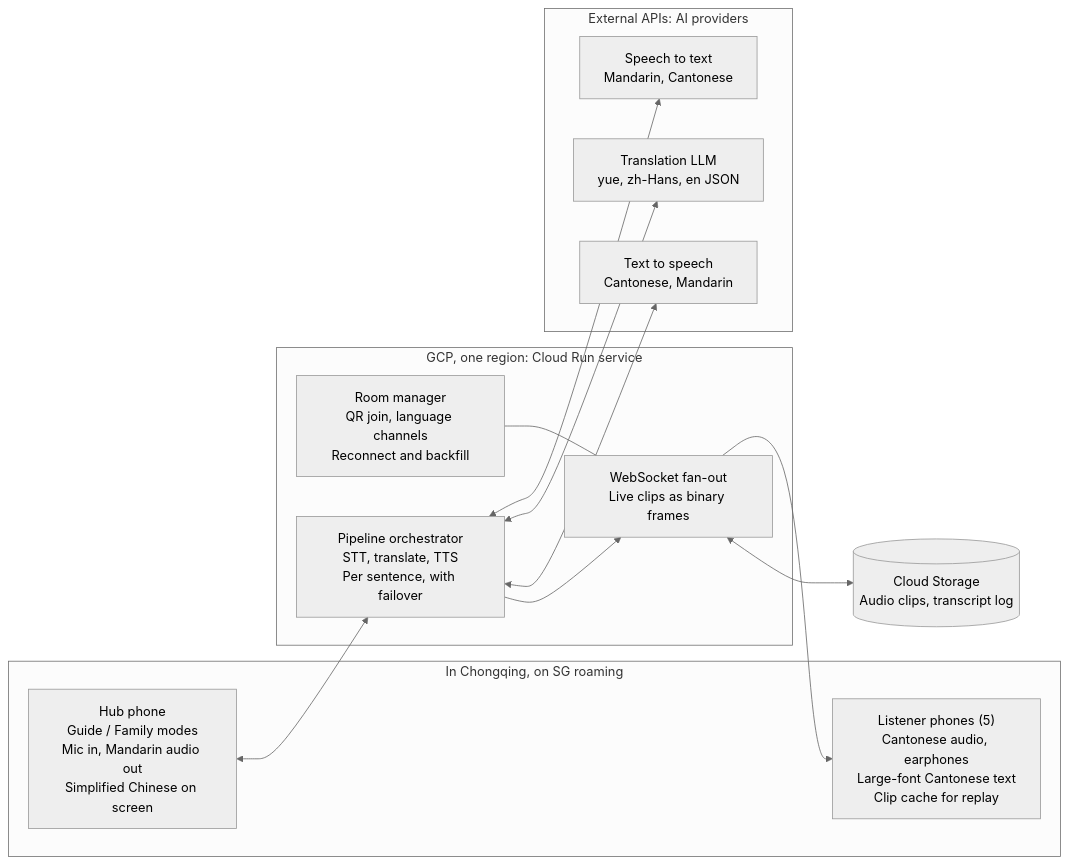
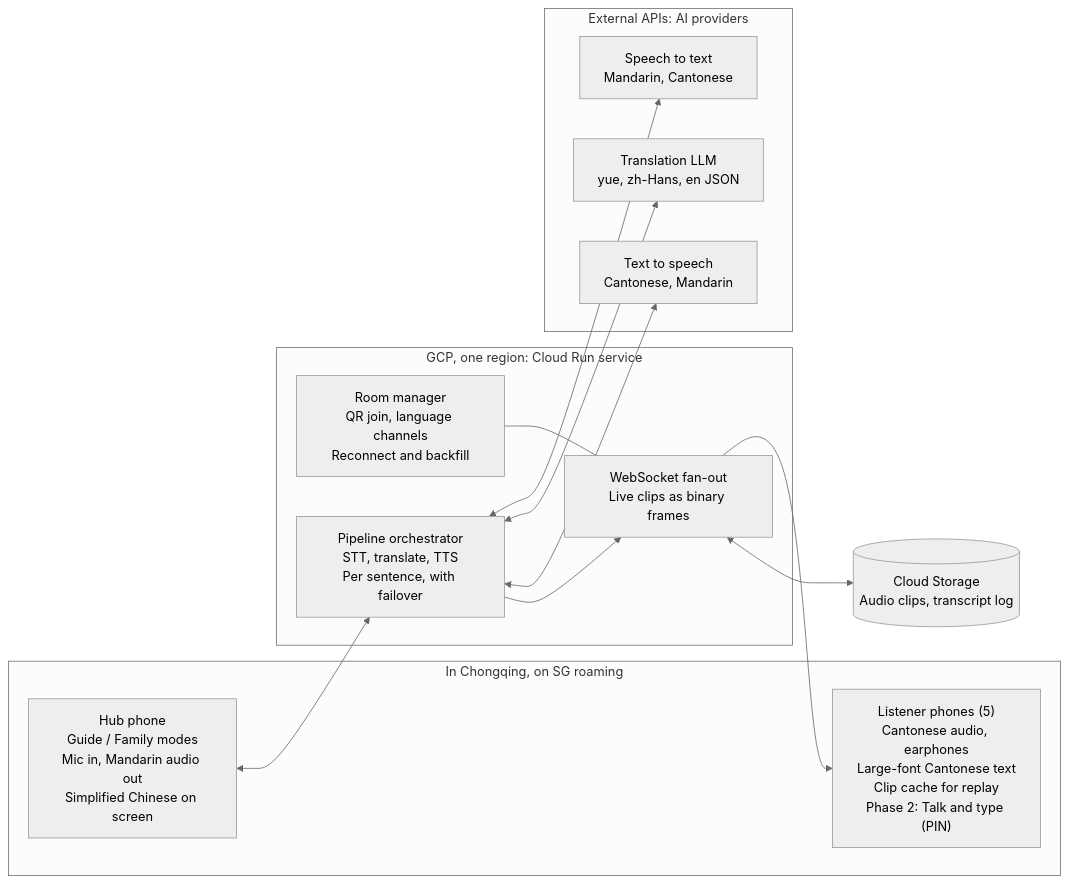
Before and after one commit to khoonseng/FamilyTranslator: the first of 4 diagrams in docs/architecture.md, drawn with Mermaid (neutral theme). The commit also changed other lines of this file and 1 other file, not shown here.

First line of the commit message:
Record phase-2 family replies and locked-screen keep-alive decisions

````diff
--- a/docs/architecture.md
+++ b/docs/architecture.md
@@ -108,26 +146,26 @@
 ```mermaid
 flowchart LR
   subgraph CQ["In Chongqing, on SG roaming"]
     HUB["Hub phone<br/>Guide / Family modes<br/>Mic in, Mandarin audio out<br/>Simplified Chinese on screen"]
-    LIS["Listener phones (5)<br/>Cantonese audio, earphones<br/>Large-font Cantonese text<br/>Clip cache for replay"]
+    LIS["Listener phones (5)<br/>Cantonese audio, earphones<br/>Large-font Cantonese text<br/>Clip cache for replay<br/>Phase 2: Talk and type (PIN)"]
   end
   subgraph GCP["GCP, one region: Cloud Run service"]
     ROOM["Room manager<br/>QR join, language channels<br/>Reconnect and backfill"]
     ORCH["Pipeline orchestrator<br/>STT, translate, TTS<br/>Per sentence, with failover"]
     FAN["WebSocket fan-out<br/>Live clips as binary frames"]
   end
   subgraph API["External APIs: AI providers"]
     STT["Speech to text<br/>Mandarin, Cantonese"]
     LLM["Translation LLM<br/>yue, zh-Hans, en JSON"]
     TTS["Text to speech<br/>Cantonese, Mandarin"]
   end
   GCS[("Cloud Storage<br/>Audio clips, transcript log")]
   HUB <--> ORCH
   ORCH <--> STT
   ORCH <--> LLM
   ORCH <--> TTS
   ORCH --> FAN
   ROOM --- FAN
   FAN --> LIS
   FAN <--> GCS
 ```
````
